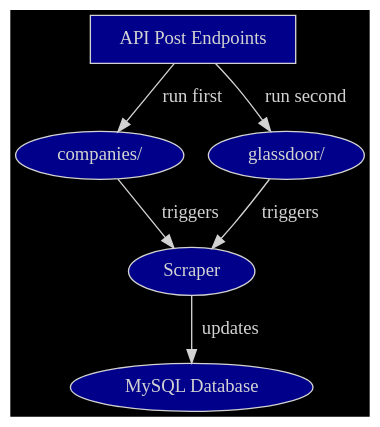
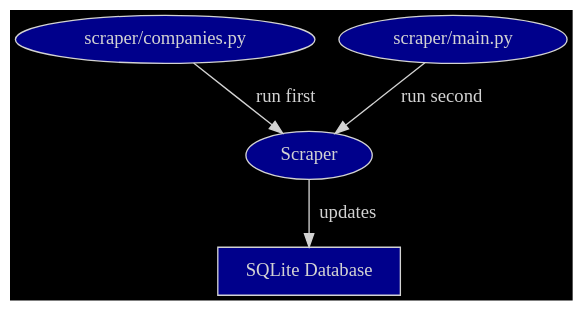
Before and after one commit to qma9/glassdoor-scraper: the diagram in design/design.dot, drawn with Graphviz. The commit also changed 2 other files, not shown here.

```diff
--- a/design/design.dot
+++ b/design/design.dot
@@ -1,15 +1,12 @@
 digraph {
 	bgcolor=black
 	node [color=lightgrey fillcolor=darkblue fontcolor=lightgrey style=filled]
 	edge [color=lightgrey fontcolor=lightgrey]
-	"API Post Endpoints" [shape=box]
-	"companies/"
-	"glassdoor/"
+	"scraper/companies.py"
+	"scraper/main.py"
 	Scraper
-	"MySQL Database"
-	"API Post Endpoints" -> "companies/" [label="run first"]
-	"API Post Endpoints" -> "glassdoor/" [label="run second"]
-	"companies/" -> Scraper [label=triggers]
-	"glassdoor/" -> Scraper [label=triggers]
-	Scraper -> "MySQL Database" [label=updates]
+	"SQLite Database" [shape=box]
+	"scraper/companies.py" -> Scraper [label="run first"]
+	"scraper/main.py" -> Scraper [label="run second"]
+	Scraper -> "SQLite Database" [label=updates]
 }
```
